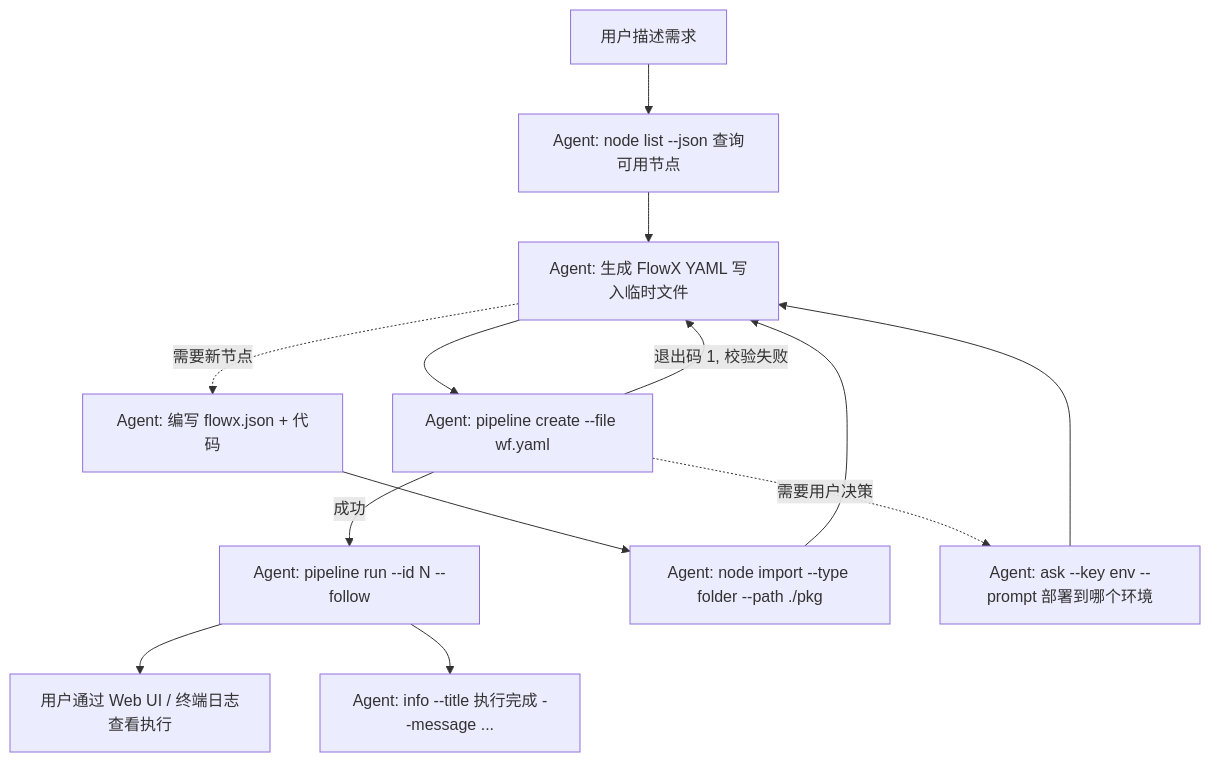
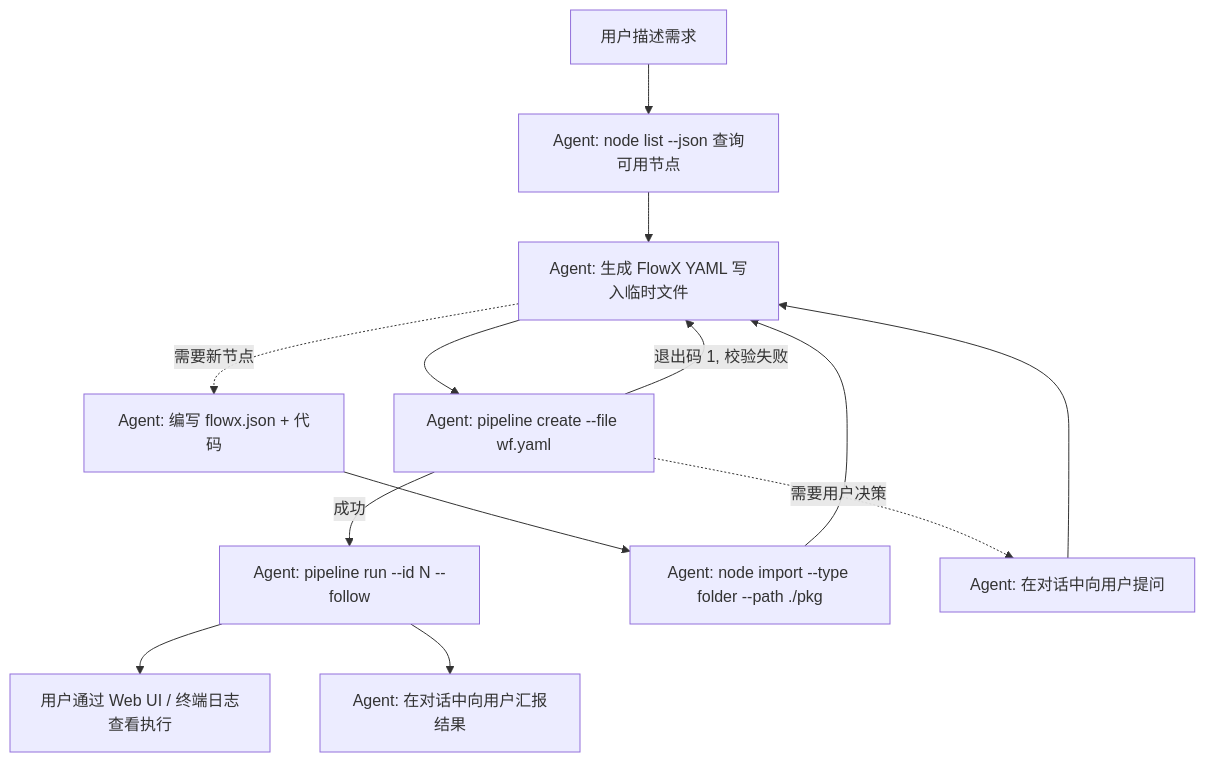
Before and after one commit to LerkoX/flowx-studio: the third of 3 diagrams in docs/06-ai-service.md, drawn with Mermaid. The commit also changed other lines of this file and 16 other files, not shown here.

First line of the commit message:
refactor: 移除 ask/info 终端交互命令

````diff
--- a/docs/06-ai-service.md
+++ b/docs/06-ai-service.md
@@ -339,15 +337,15 @@
 ```mermaid
 flowchart TD
     A[用户描述需求] --> B[Agent: node list --json 查询可用节点]
     B --> C[Agent: 生成 FlowX YAML 写入临时文件]
     C --> D[Agent: pipeline create --file wf.yaml]
     D -->|退出码 1, 校验失败| C
     D -->|成功| E[Agent: pipeline run --id N --follow]
     E --> F[用户通过 Web UI / 终端日志查看执行]
     C -.需要新节点.-> G[Agent: 编写 flowx.json + 代码]
     G --> H[Agent: node import --type folder --path ./pkg]
     H --> C
-    D -.需要用户决策.-> I[Agent: ask --key env --prompt 部署到哪个环境]
+    D -.需要用户决策.-> I[Agent: 在对话中向用户提问]
     I --> C
-    E --> J[Agent: info --title 执行完成 --message ...]
+    E --> J[Agent: 在对话中向用户汇报结果]
 ```
````
